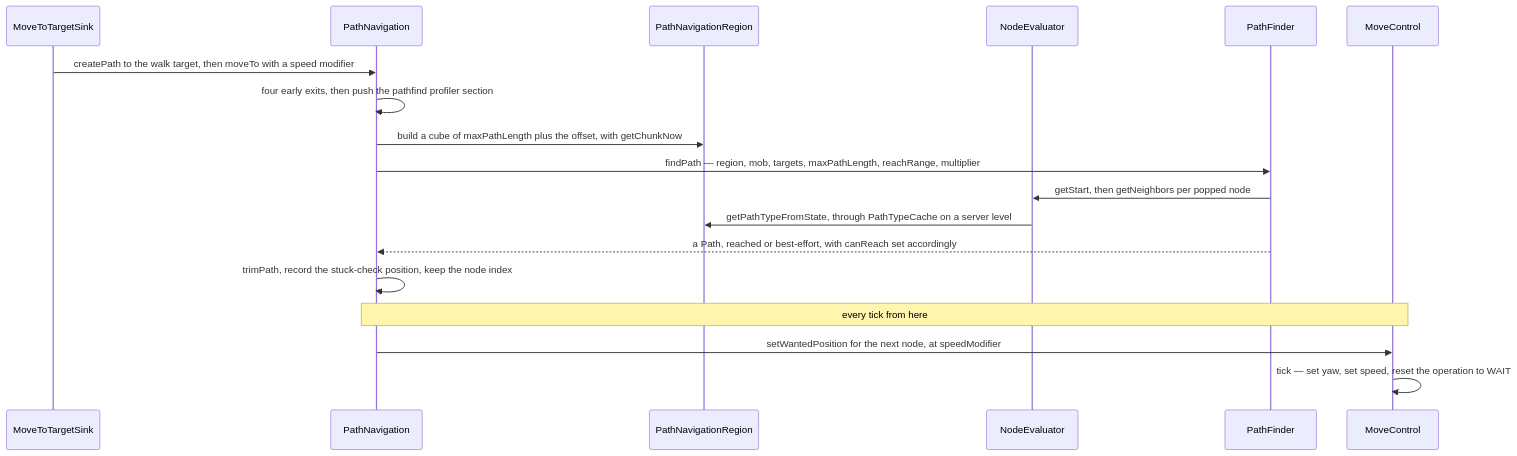
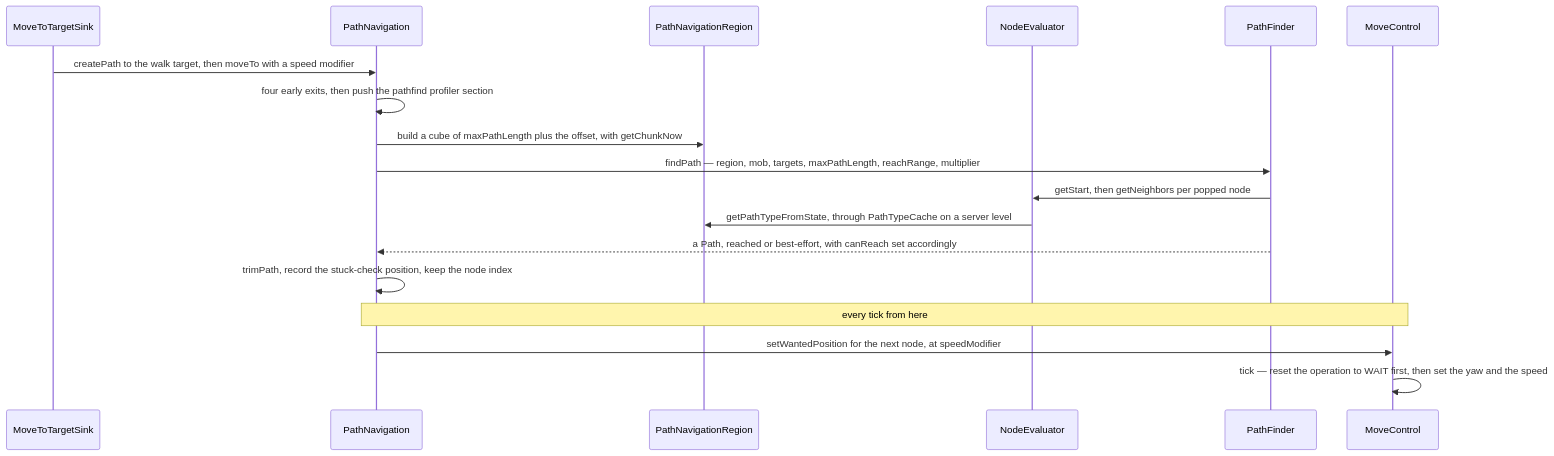
The second of 2 diagrams in src/systems/entities/pathfinding.md (AlexanderjFraser/MinecraftDocs), drawn with Mermaid before and after one commit. The commit also changed other lines of this file and 1 other file, not shown here.

````diff
--- a/src/systems/entities/pathfinding.md
+++ b/src/systems/entities/pathfinding.md
@@ -164,21 +175,21 @@
 ```mermaid
 sequenceDiagram
     participant MTS as MoveToTargetSink
     participant PN as PathNavigation
     participant PNR as PathNavigationRegion
     participant NE as NodeEvaluator
     participant PF as PathFinder
     participant MoveC as MoveControl
 
     MTS->>PN: createPath to the walk target, then moveTo with a speed modifier
     PN->>PN: four early exits, then push the pathfind profiler section
     PN->>PNR: build a cube of maxPathLength plus the offset, with getChunkNow
     PN->>PF: findPath — region, mob, targets, maxPathLength, reachRange, multiplier
     PF->>NE: getStart, then getNeighbors per popped node
     NE->>PNR: getPathTypeFromState, through PathTypeCache on a server level
     PF-->>PN: a Path, reached or best-effort, with canReach set accordingly
     PN->>PN: trimPath, record the stuck-check position, keep the node index
     Note over PN,MoveC: every tick from here
     PN->>MoveC: setWantedPosition for the next node, at speedModifier
-    MoveC->>MoveC: tick — set yaw, set speed, reset the operation to WAIT
+    MoveC->>MoveC: tick — reset the operation to WAIT first, then set the yaw and the speed
 ```
````
